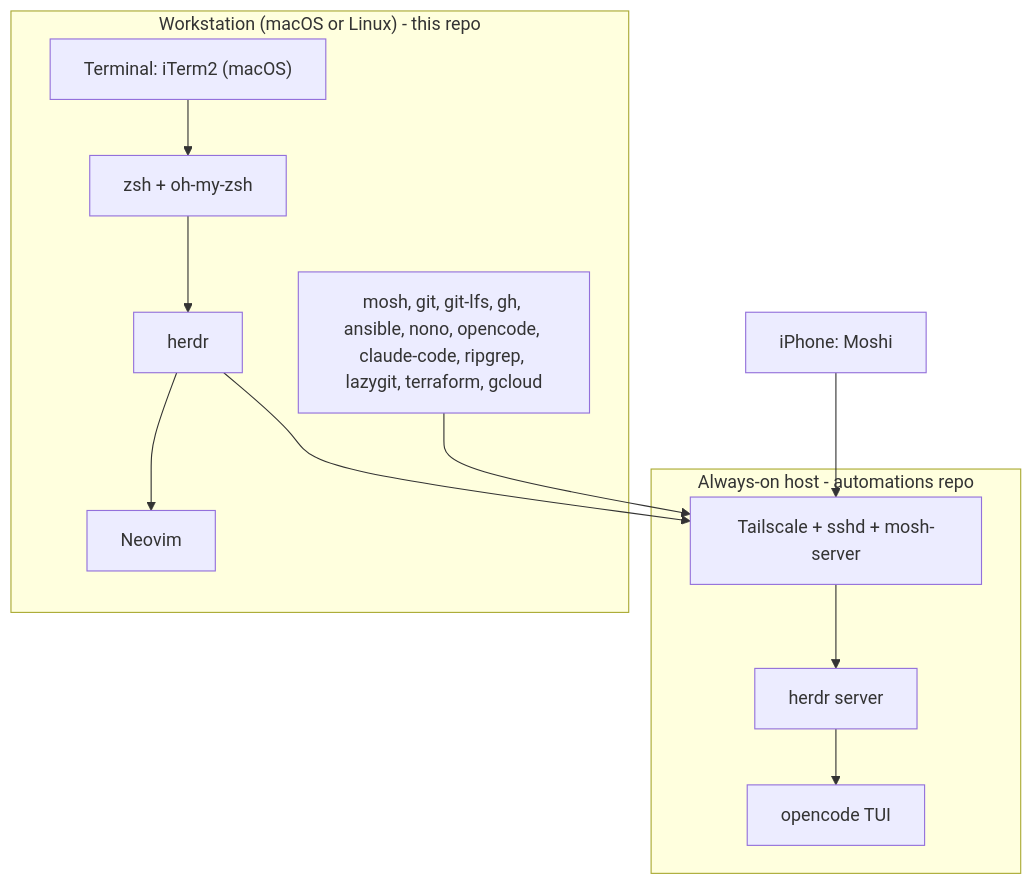
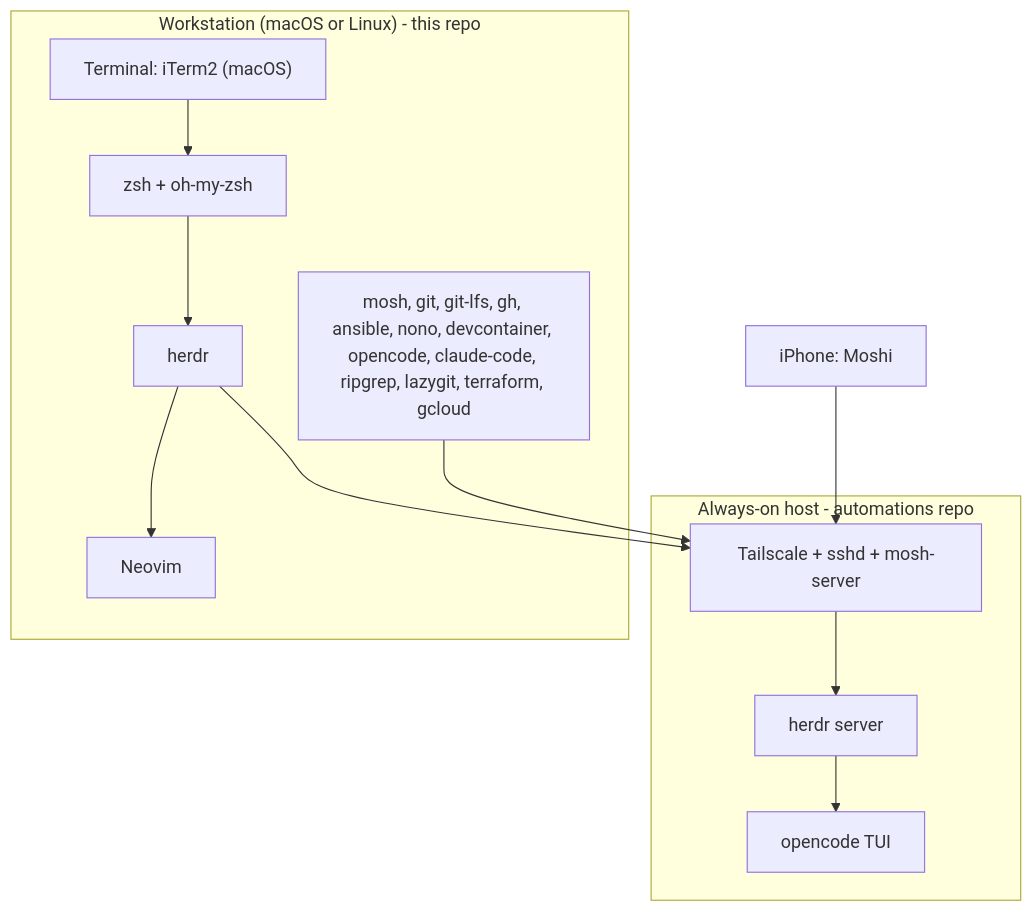
One commit to jkamenik/tui-ide changed the diagram in docs/architecture.md. Above: the diagram before and after it, drawn with Mermaid. The commit also changed other lines of this file and 3 other files, not shown here.

````diff
--- a/docs/architecture.md
+++ b/docs/architecture.md
@@ -21,26 +21,26 @@
 ```mermaid
 flowchart TB
     subgraph Workstation["Workstation (macOS or Linux) - this repo"]
         Term["Terminal: iTerm2 (macOS)"]
         Shell["zsh + oh-my-zsh"]
         Mux["herdr"]
         Edit["Neovim"]
-        Tools["mosh, git, git-lfs, gh, ansible, nono, opencode, claude-code, ripgrep, lazygit, terraform, gcloud"]
+        Tools["mosh, git, git-lfs, gh, ansible, nono, devcontainer, opencode, claude-code, ripgrep, lazygit, terraform, gcloud"]
     end
 
     subgraph Remote["Always-on host - automations repo"]
         TSNet["Tailscale + sshd + mosh-server"]
         Hmux["herdr server"]
         Agent["opencode TUI"]
     end
 
     IOS["iPhone: Moshi"]
 
     Term --> Shell --> Mux
     Mux --> Edit
     Mux --> TSNet
     Tools --> TSNet
     IOS --> TSNet
     TSNet --> Hmux
     Hmux --> Agent
 ```
````
